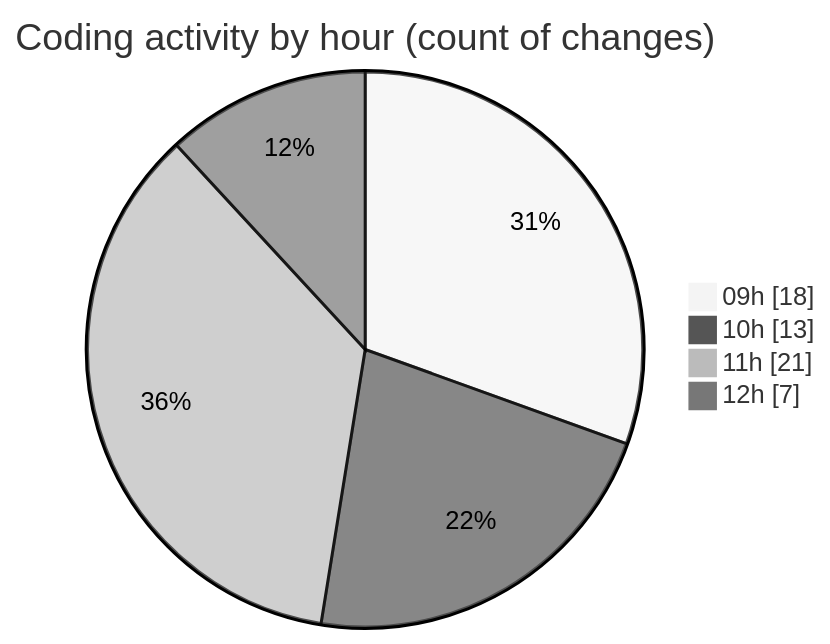
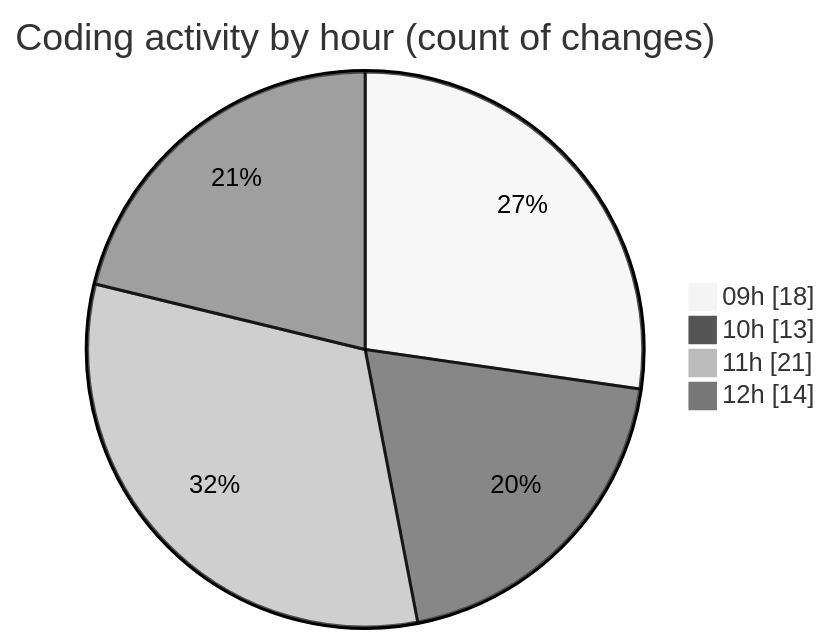
Before and after one commit to momahboobian/code-tracking: the second of 2 diagrams in 2026-08-12/cda/README.md, drawn with Mermaid (neutral theme). The commit also changed other lines of this file and 1 other file, not shown here.

````diff
--- a/2026-08-12/cda/README.md
+++ b/2026-08-12/cda/README.md
@@ -52,8 +52,8 @@
 ```mermaid
 pie showData
 title Coding activity by hour (count of changes)
 "09h" : 18
 "10h" : 13
 "11h" : 21
-"12h" : 7
+"12h" : 14
 ```
````
